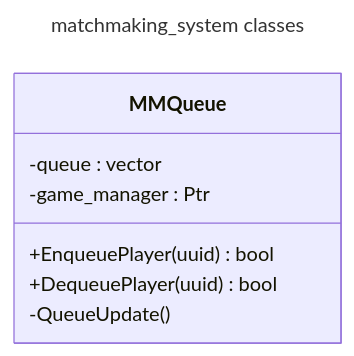
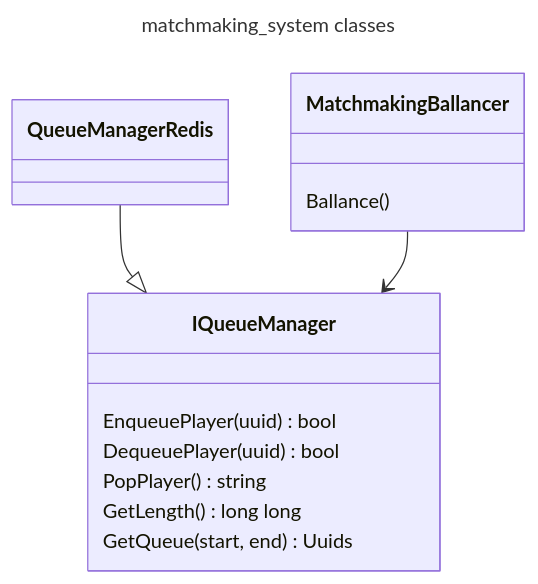
Before and after one commit to LeeDoor/game_webserver: the diagram in docs/matchmaking_system.md, drawn with Mermaid. The commit also changed other lines of this file and 3 other files, not shown here.

````diff
--- a/docs/matchmaking_system.md
+++ b/docs/matchmaking_system.md
@@ -36,25 +9,21 @@
 ```mermaid
 ---
+title: matchmaking_system classes
+---
+classDiagram
+	class IQueueManager {
+		EnqueuePlayer(uuid) bool
+		DequeuePlayer(uuid) bool
+		PopPlayer() string
+		GetLength() long long
+		GetQueue(start, end) Uuids
+	}
+	class QueueManagerRedis{
+	}
+	class MatchmakingBallancer{
+		Ballance()
+	}
+	QueueManagerRedis --|> IQueueManager
+	MatchmakingBallancer --> IQueueManager
 
-title: matchmaking_system classes
-
----
-
-  
-
-classDiagram
-
-class MMQueue {
-
-+EnqueuePlayer(uuid) bool
-
-+DequeuePlayer(uuid) bool
-
--QueueUpdate()
-
--queue : vector<uuid>
-
--game_manager : Ptr
-
-}
 ```
````
